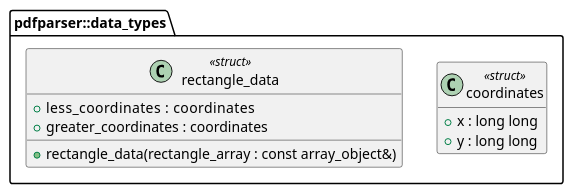
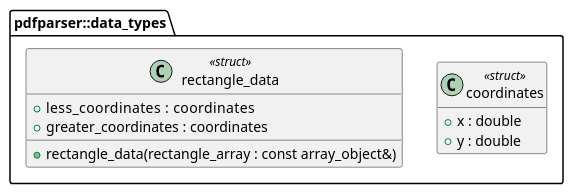
One commit to KodaiYM/PDFReader changed the diagram in document/data_types.class.pu. Above: the diagram before and after it, drawn with PlantUML. The commit also changed 9 other files, not shown here.

```diff
--- a/document/data_types.class.pu
+++ b/document/data_types.class.pu
@@ -1,15 +1,15 @@
 @startuml data_types
 hide empty members
 namespace pdfparser::data_types {
 class coordinates<<struct>> {
-	+x : long long
-	+y : long long
+	+x : double
+	+y : double
 }
 class rectangle_data<<struct>> {
 	+less_coordinates    : coordinates
 	+greater_coordinates : coordinates
 
 	+rectangle_data(rectangle_array : const array_object&)
 }
 }
 @enduml
```
